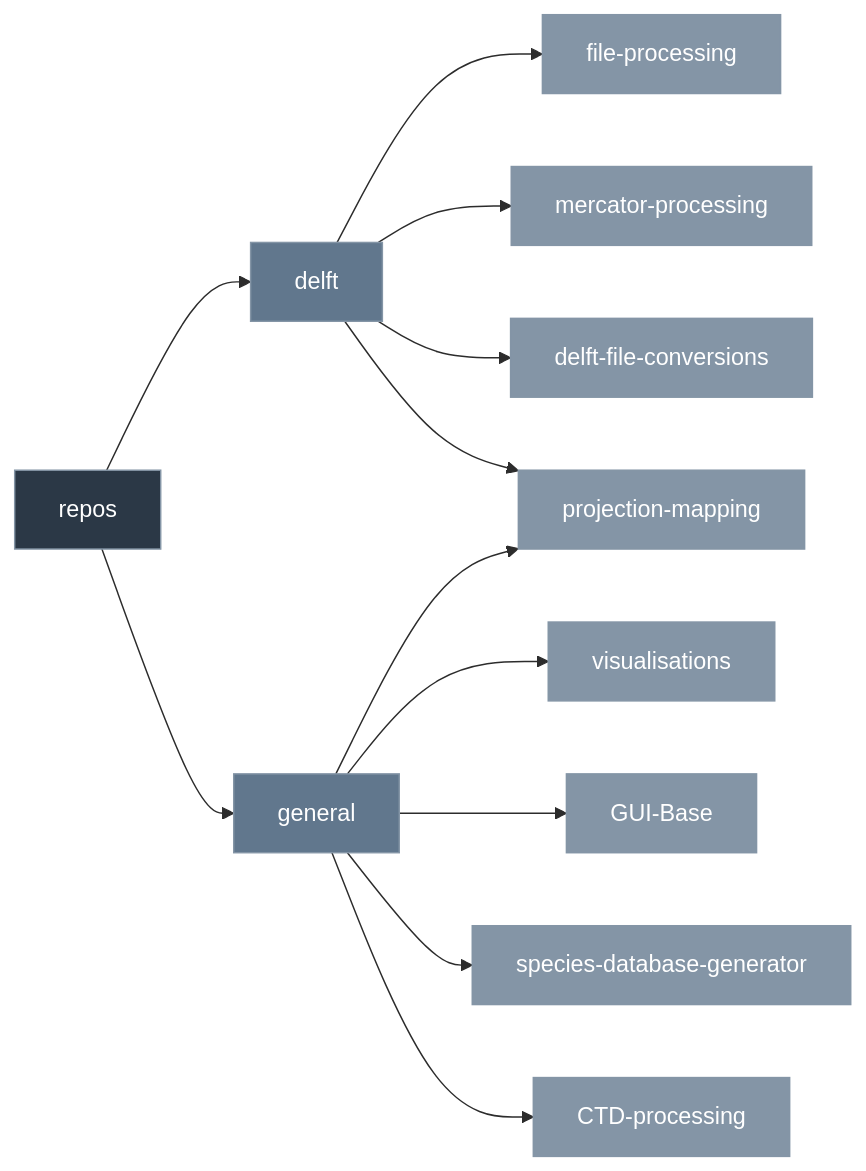
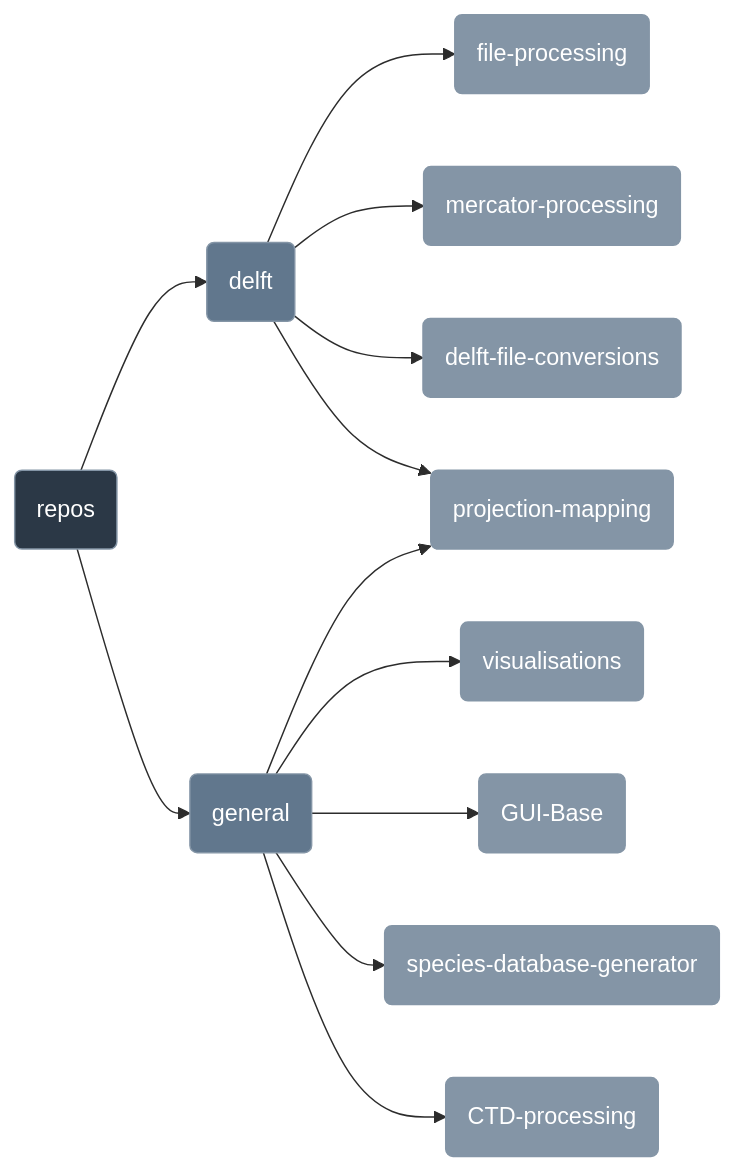
The diagram in profile/README.md (Anchor-Environmental/.github), drawn with Mermaid before and after one commit. The commit also changed other lines of this file and 1 other file, not shown here.

Commit message:
homepage updates

````diff
--- a/profile/README.md
+++ b/profile/README.md
@@ -35,26 +36,26 @@
 ```mermaid
 %%{init: {'theme':'base', 'themeVariables': {
       'primaryColor': '#61778d',
       'primaryTextColor': '#fff',
       'primaryBorderColor': '#8495a6',
       'lineColor': '#2c2c2c',
       'secondaryColor': '#8495a6',
       'tertiaryColor': '#8495a6'
     }}}%%
 flowchart LR
-  repos:::layer0-->B[delft]:::layer1
-  B[delft]-->C[file-processing]:::layer2
-  B-->J[mercator-processing]:::layer2
-  B-->E[delft-file-conversions]:::layer2
-  B-->D[projection-mapping]:::layer2
-  repos-->F[general]:::layer1
-  F-->G[visualisations]:::layer2
-  F-->D[projection-mapping]:::layer2
-  F-->I[GUI-Base]:::layer2
-  F-->K[species-database-generator]:::layer2
-  F-->L[CTD-processing]:::layer2
+  A(repos fa:):::layer0-->B(delft):::layer1
+  B(delft)-->C(file-processing):::layer2
+  B-->J(mercator-processing):::layer2
+  B-->E(delft-file-conversions):::layer2
+  B-->D(projection-mapping):::layer2
+  A(repos)-->F(general):::layer1
+  F-->G(visualisations):::layer2
+  F-->D(projection-mapping):::layer2
+  F-->I(GUI-Base):::layer2
+  F-->K(species-database-generator):::layer2
+  F-->L(CTD-processing):::layer2
 
  classDef layer0 fill:#2b3846
  classDef layer1 fill:#61778d
  classDef layer2 fill:#8495a6
 ```
````
